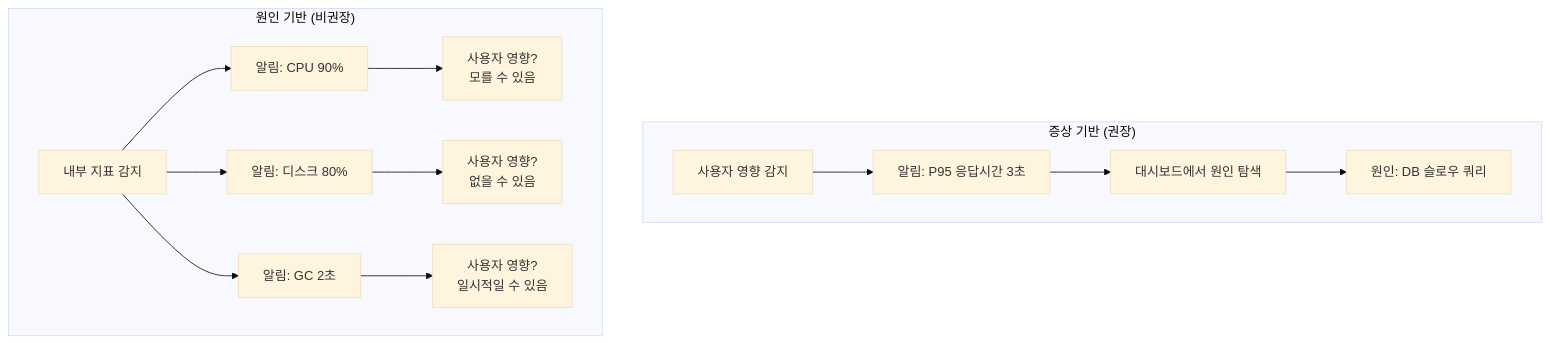
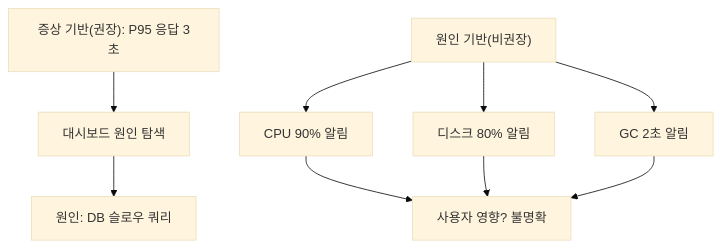
The fifth of 8 diagrams in _posts/monitoring/2026-05-03-sre-golden-signals.md (yjkim2015/yjkim2015.github.io), drawn with Mermaid (base theme) before and after one commit. The commit also changed other lines of this file and 215 other files, not shown here.

First line of the commit message:
신규 포스트 10개 추가 + Mermaid 전면 축소 + SystemDesign 시리즈 보강

````diff
--- a/_posts/monitoring/2026-05-03-sre-golden-signals.md
+++ b/_posts/monitoring/2026-05-03-sre-golden-signals.md
@@ -363,19 +360,11 @@
 ```mermaid
 graph TD
-    subgraph "증상 기반 (권장)"
-        SYM["사용자 영향 감지"]
-        SYM --> ALERT_SYM["알림: P95 응답시간 3초"]
-        ALERT_SYM --> DASH["대시보드에서 원인 탐색"]
-        DASH --> ROOT["원인: DB 슬로우 쿼리"]
-    end
-
-    subgraph "원인 기반 (비권장)"
-        CAUSE["내부 지표 감지"]
-        CAUSE --> ALERT_C1["알림: CPU 90%"]
-        CAUSE --> ALERT_C2["알림: 디스크 80%"]
-        CAUSE --> ALERT_C3["알림: GC 2초"]
-        ALERT_C1 --> Q1["사용자 영향?\n모를 수 있음"]
-        ALERT_C2 --> Q2["사용자 영향?\n없을 수 있음"]
-        ALERT_C3 --> Q3["사용자 영향?\n일시적일 수 있음"]
-    end
+    SYM["증상 기반(권장): P95 응답 3초"] --> DASH["대시보드 원인 탐색"]
+    DASH --> ROOT["원인: DB 슬로우 쿼리"]
+    CAUSE["원인 기반(비권장)"] --> C1["CPU 90% 알림"]
+    CAUSE --> C2["디스크 80% 알림"]
+    CAUSE --> C3["GC 2초 알림"]
+    C1 --> Q["사용자 영향? 불명확"]
+    C2 --> Q
+    C3 --> Q
 ```
````
